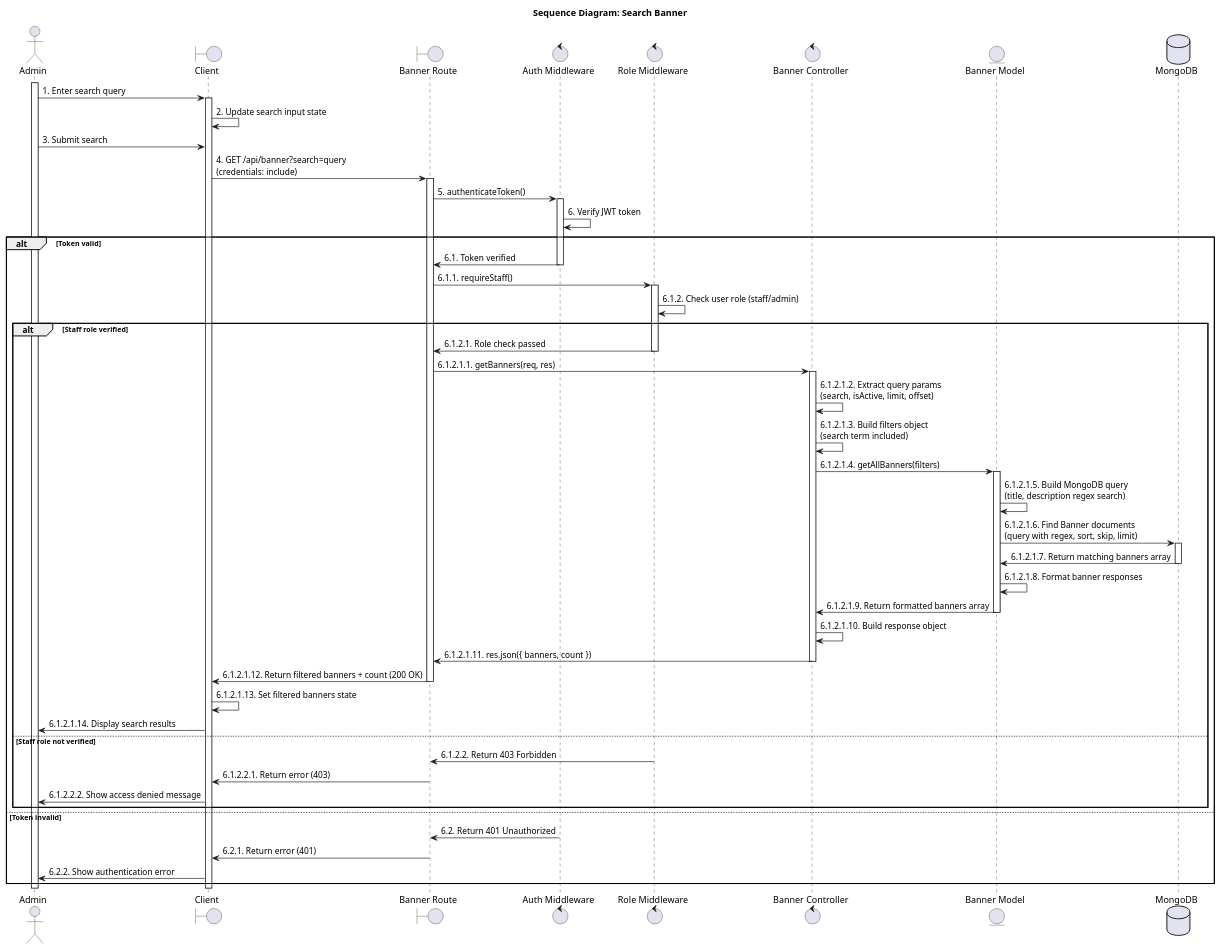
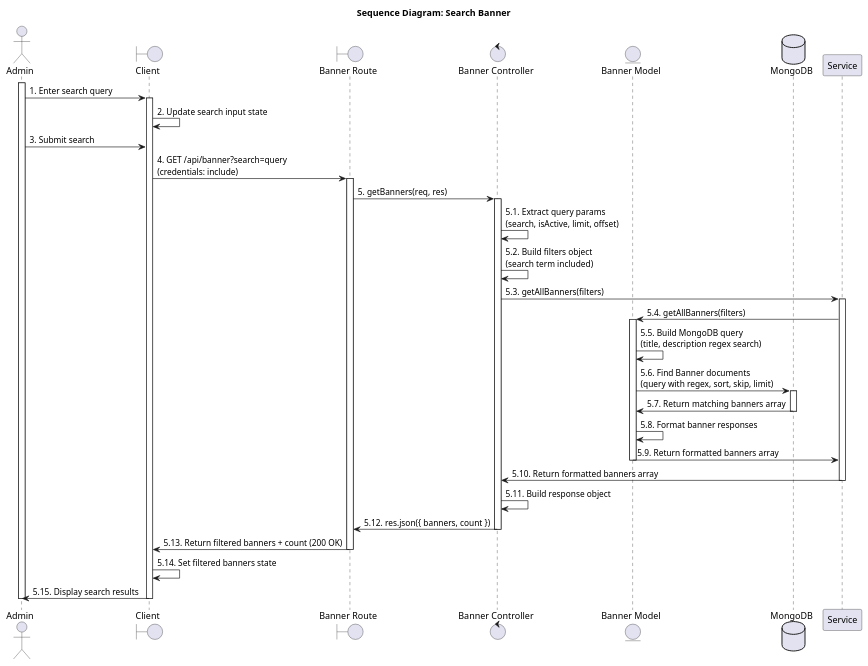
One commit to SvnFrs/re-oldvibes changed the seventh of 8 diagrams in SEQUENCE_DIAGRAMS_UC.md. Above: the diagram before and after it, drawn with PlantUML. The commit also changed other lines of this file and 1 other file, not shown here.

````diff
--- a/SEQUENCE_DIAGRAMS_UC.md
+++ b/SEQUENCE_DIAGRAMS_UC.md
@@ -939,71 +416,49 @@
 ```plantuml
 @startuml Search Banner
 title Sequence Diagram: Search Banner
 
 actor Admin
 boundary "Client" as Client
 boundary "Banner Route" as Route
-control "Auth Middleware" as AuthMiddleware
-control "Role Middleware" as RoleMiddleware
 control "Banner Controller" as Controller
 entity "Banner Model" as Model
 database "MongoDB" as Database
 
 activate Admin
 Admin -> Client : 1. Enter search query
 activate Client
 Client -> Client : 2. Update search input state
 Admin -> Client : 3. Submit search
 Client -> Route : 4. GET /api/banner?search=query\n(credentials: include)
 activate Route
-Route -> AuthMiddleware : 5. authenticateToken()
-activate AuthMiddleware
-AuthMiddleware -> AuthMiddleware : 6. Verify JWT token
-alt Token valid
-    AuthMiddleware -> Route : 6.1. Token verified
-    deactivate AuthMiddleware
-    Route -> RoleMiddleware : 6.1.1. requireStaff()
-    activate RoleMiddleware
-    RoleMiddleware -> RoleMiddleware : 6.1.2. Check user role (staff/admin)
-    alt Staff role verified
-        RoleMiddleware -> Route : 6.1.2.1. Role check passed
-        deactivate RoleMiddleware
-        Route -> Controller : 6.1.2.1.1. getBanners(req, res)
-        activate Controller
-        Controller -> Controller : 6.1.2.1.2. Extract query params\n(search, isActive, limit, offset)
-        Controller -> Controller : 6.1.2.1.3. Build filters object\n(search term included)
-        Controller -> Model : 6.1.2.1.4. getAllBanners(filters)
-        activate Model
-        Model -> Model : 6.1.2.1.5. Build MongoDB query\n(title, description regex search)
-        Model -> Database : 6.1.2.1.6. Find Banner documents\n(query with regex, sort, skip, limit)
-        activate Database
-        Database -> Model : 6.1.2.1.7. Return matching banners array
-        deactivate Database
-        Model -> Model : 6.1.2.1.8. Format banner responses
-        Model -> Controller : 6.1.2.1.9. Return formatted banners array
-        deactivate Model
-        Controller -> Controller : 6.1.2.1.10. Build response object
-        Controller -> Route : 6.1.2.1.11. res.json({ banners, count })
-        deactivate Controller
-        Route -> Client : 6.1.2.1.12. Return filtered banners + count (200 OK)
-        deactivate Route
-        Client -> Client : 6.1.2.1.13. Set filtered banners state
-        Client -> Admin : 6.1.2.1.14. Display search results
-    else Staff role not verified
-        RoleMiddleware -> Route : 6.1.2.2. Return 403 Forbidden
-        deactivate RoleMiddleware
-        Route -> Client : 6.1.2.2.1. Return error (403)
-        deactivate Route
-        Client -> Admin : 6.1.2.2.2. Show access denied message
-    end
-else Token invalid
-    AuthMiddleware -> Route : 6.2. Return 401 Unauthorized
-    deactivate AuthMiddleware
-    Route -> Client : 6.2.1. Return error (401)
-    deactivate Route
-    Client -> Admin : 6.2.2. Show authentication error
-end
+
+Route -> Controller : 5. getBanners(req, res)
+activate Controller
+Controller -> Controller : 5.1. Extract query params\n(search, isActive, limit, offset)
+Controller -> Controller : 5.2. Build filters object\n(search term included)
+Controller -> Service : 5.3. getAllBanners(filters)
+activate Service
+Service -> Model : 5.4. getAllBanners(filters)
+activate Model
+Model -> Model : 5.5. Build MongoDB query\n(title, description regex search)
+Model -> Database : 5.6. Find Banner documents\n(query with regex, sort, skip, limit)
+activate Database
+Database -> Model : 5.7. Return matching banners array
+deactivate Database
+Model -> Model : 5.8. Format banner responses
+Model -> Service : 5.9. Return formatted banners array
+deactivate Model
+Service -> Controller : 5.10. Return formatted banners array
+deactivate Service
+Controller -> Controller : 5.11. Build response object
+Controller -> Route : 5.12. res.json({ banners, count })
+deactivate Controller
+Route -> Client : 5.13. Return filtered banners + count (200 OK)
+deactivate Route
+Client -> Client : 5.14. Set filtered banners state
+Client -> Admin : 5.15. Display search results
+
 deactivate Client
 deactivate Admin
 @enduml
 ```
````
